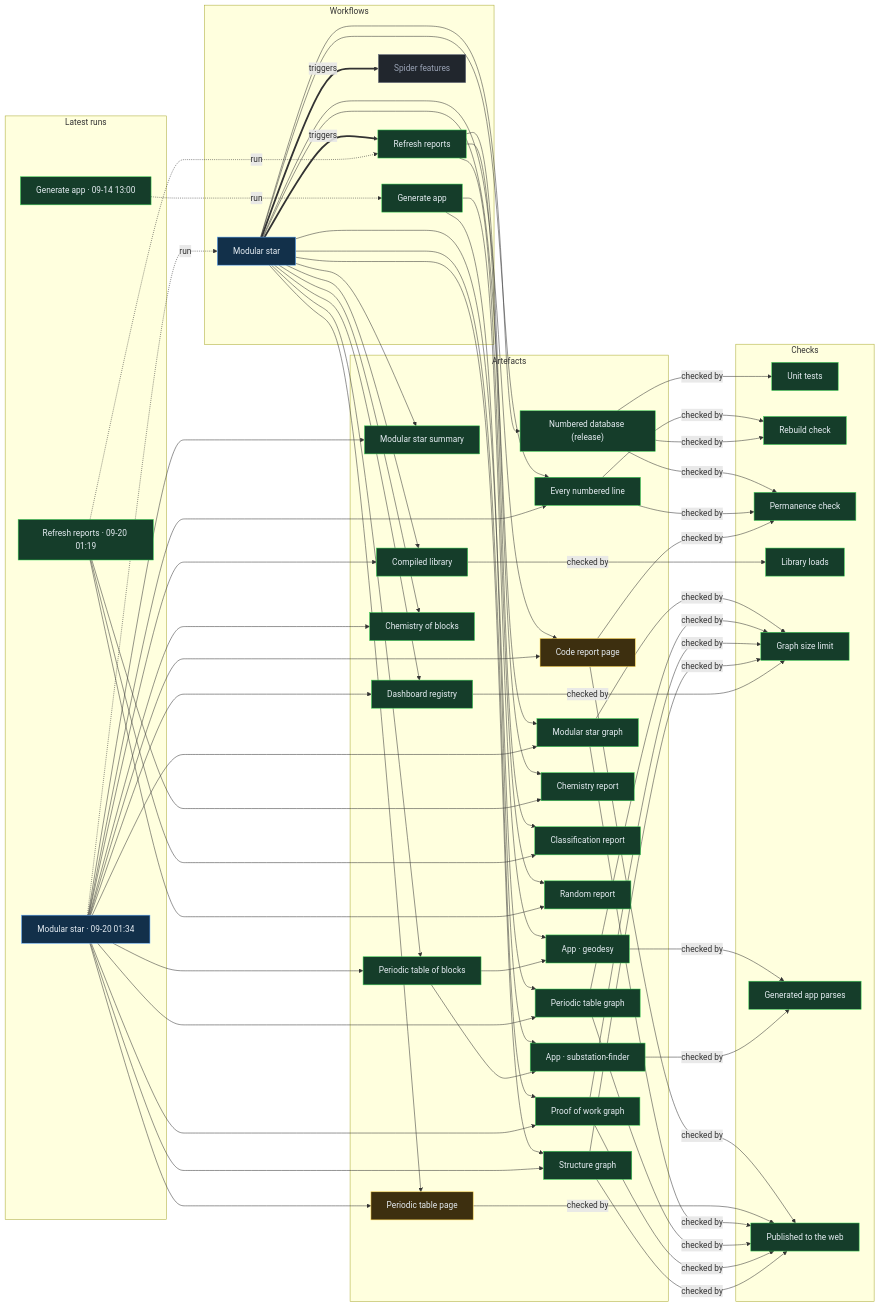
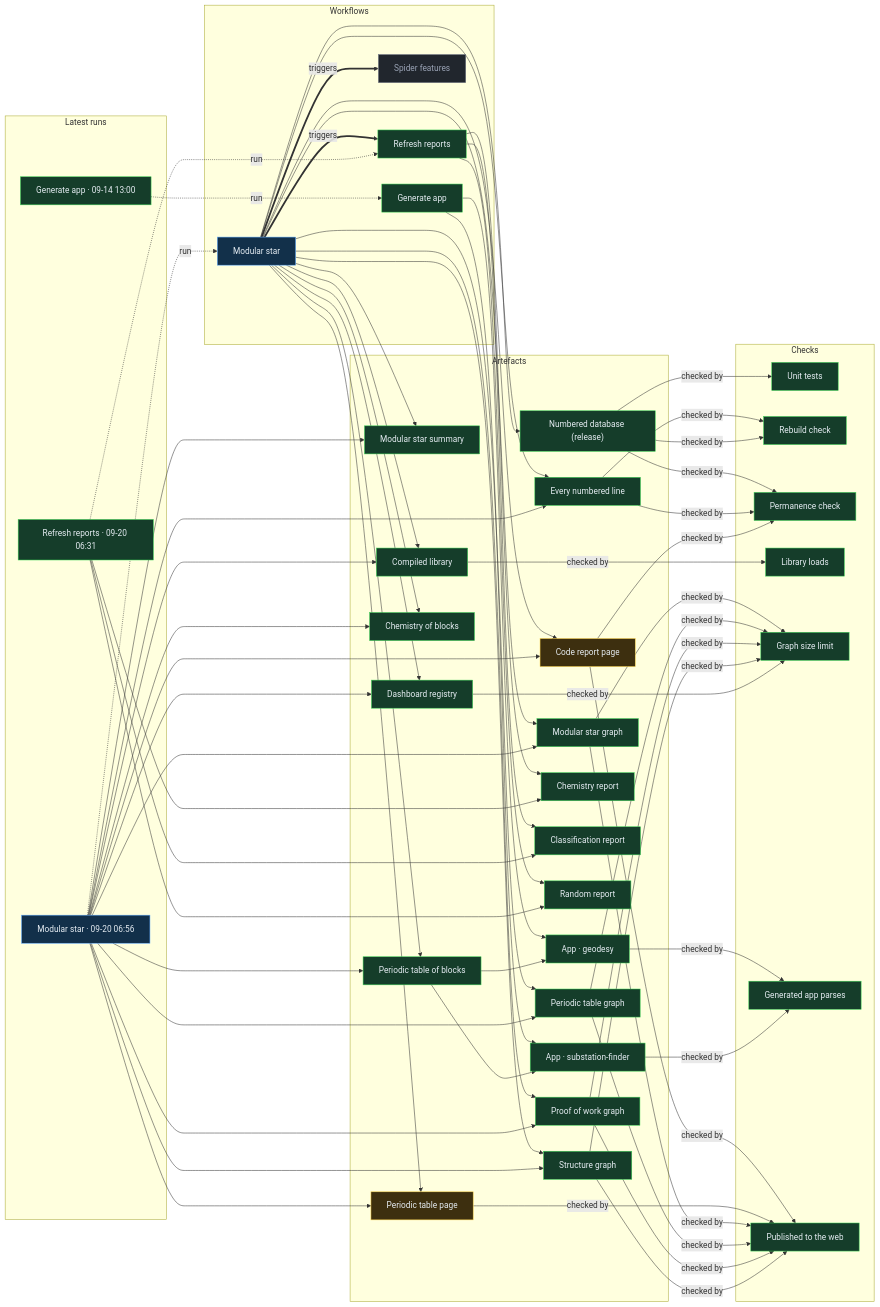
Before and after one commit to Ventusltd/stars: the diagram in proof/PROOF.md, drawn with Mermaid. The commit also changed other lines of this file and 113 other files, not shown here.

Commit message:
Modular star 2026-09-20T06:58Z

```diff
--- a/proof/PROOF.md
+++ b/proof/PROOF.md
@@ -24,8 +24,8 @@
   n_wf_spider_features["Spider features"]:::off
   end
   subgraph g_runs["Latest runs"]
-  n_run_35481740421["Modular star · 09-20 01:34"]:::live
-  n_run_35481082216["Refresh reports · 09-20 01:19"]:::ok
+  n_run_35495525457["Modular star · 09-20 06:56"]:::live
+  n_run_35494458892["Refresh reports · 09-20 06:31"]:::ok
   n_run_34846587798["Generate app · 09-14 13:00"]:::ok
   end
   subgraph g_artefacts["Artefacts"]
@@ -59,39 +59,39 @@
   end
   n_wf_modular_star == triggers ==> n_wf_refresh
   n_wf_modular_star == triggers ==> n_wf_spider_features
-  n_run_35481740421 -. run .-> n_wf_modular_star
-  n_run_35481082216 -. run .-> n_wf_refresh
+  n_run_35495525457 -. run .-> n_wf_modular_star
+  n_run_35494458892 -. run .-> n_wf_refresh
   n_run_34846587798 -. run .-> n_wf_generate
   n_wf_modular_star --> n_art_summary
-  n_run_35481740421 --> n_art_summary
+  n_run_35495525457 --> n_art_summary
   n_wf_modular_star --> n_art_lines
-  n_run_35481740421 --> n_art_lines
+  n_run_35495525457 --> n_art_lines
   n_wf_modular_star --> n_art_code
-  n_run_35481740421 --> n_art_code
+  n_run_35495525457 --> n_art_code
   n_wf_modular_star --> n_art_modular_graph
-  n_run_35481740421 --> n_art_modular_graph
+  n_run_35495525457 --> n_art_modular_graph
   n_wf_modular_star --> n_art_blocks
-  n_run_35481740421 --> n_art_blocks
+  n_run_35495525457 --> n_art_blocks
   n_wf_modular_star --> n_art_table
-  n_run_35481740421 --> n_art_table
+  n_run_35495525457 --> n_art_table
   n_wf_modular_star --> n_art_blocks_graph
-  n_run_35481740421 --> n_art_blocks_graph
+  n_run_35495525457 --> n_art_blocks_graph
   n_wf_modular_star --> n_art_reactions
-  n_run_35481740421 --> n_art_reactions
+  n_run_35495525457 --> n_art_reactions
   n_wf_modular_star --> n_art_library
-  n_run_35481740421 --> n_art_library
+  n_run_35495525457 --> n_art_library
   n_wf_modular_star --> n_art_features
-  n_run_35481740421 --> n_art_features
+  n_run_35495525457 --> n_art_features
   n_wf_modular_star --> n_art_proof
-  n_run_35481740421 --> n_art_proof
+  n_run_35495525457 --> n_art_proof
   n_wf_modular_star --> n_art_structure
-  n_run_35481740421 --> n_art_structure
+  n_run_35495525457 --> n_art_structure
   n_wf_refresh --> n_art_chemistry
-  n_run_35481082216 --> n_art_chemistry
+  n_run_35494458892 --> n_art_chemistry
   n_wf_refresh --> n_art_vedic
-  n_run_35481082216 --> n_art_vedic
+  n_run_35494458892 --> n_art_vedic
   n_wf_refresh --> n_art_random
-  n_run_35481082216 --> n_art_random
+  n_run_35494458892 --> n_art_random
   n_wf_modular_star --> n_art_release
   n_wf_generate --> n_app_geodesy
   n_art_blocks --> n_app_geodesy
```
